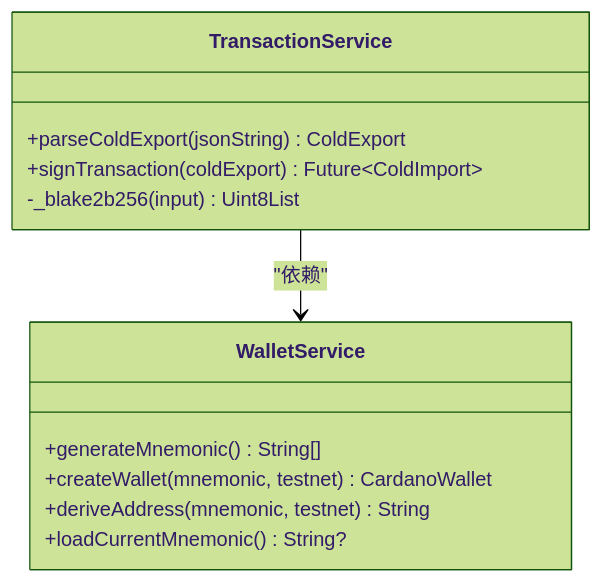
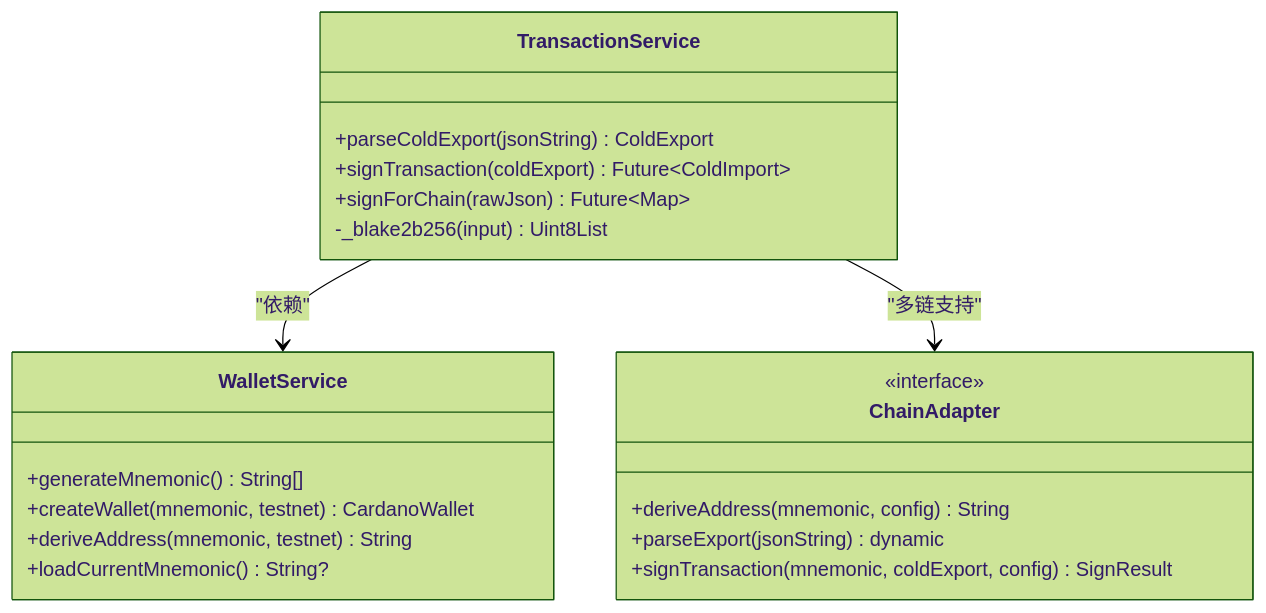
The sixth of 7 diagrams in .qoder/repowiki/zh/content/核心服务/交易处理服务.md (EqualToEthan/stasis), drawn with Mermaid (forest theme) before and after one commit. The commit also changed other lines of this file and 40 other files, not shown here.

````diff
--- a/.qoder/repowiki/zh/content/核心服务/交易处理服务.md
+++ b/.qoder/repowiki/zh/content/核心服务/交易处理服务.md
@@ -199,15 +309,23 @@
 ```mermaid
 classDiagram
 class WalletService {
 +generateMnemonic() String[]
 +createWallet(mnemonic, testnet) CardanoWallet
 +deriveAddress(mnemonic, testnet) String
 +loadCurrentMnemonic() String?
 }
 class TransactionService {
 +parseColdExport(jsonString) ColdExport
 +signTransaction(coldExport) Future~ColdImport~
++signForChain(rawJson) Future~Map~
 -_blake2b256(input) Uint8List
 }
+class ChainAdapter {
+<<interface>>
++deriveAddress(mnemonic, config) String
++parseExport(jsonString) dynamic
++signTransaction(mnemonic, coldExport, config) SignResult
+}
 TransactionService --> WalletService : "依赖"
+TransactionService --> ChainAdapter : "多链支持"
 ```
````
